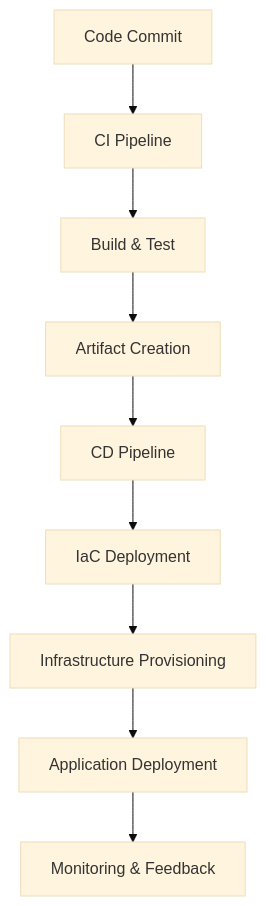
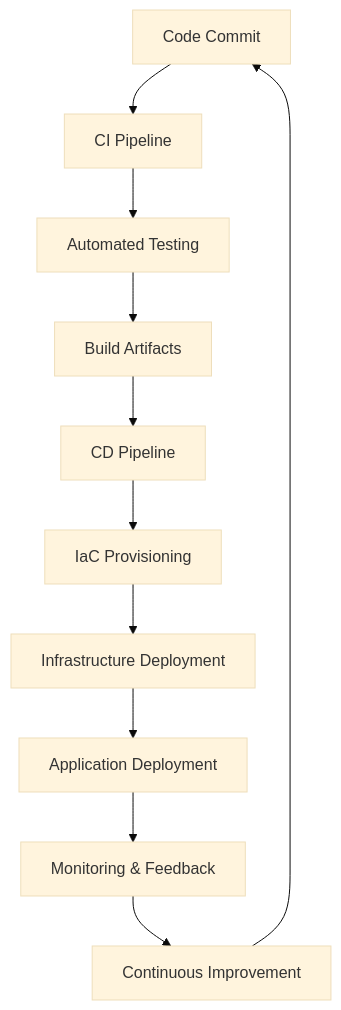
The diagram in devops-and-infrastructure-as-code/README.md (VrushankPatel/interview-matters), drawn with Mermaid (base theme) before and after one commit. The commit also changed other lines of this file and 6 other files, not shown here.

````diff
--- a/devops-and-infrastructure-as-code/README.md
+++ b/devops-and-infrastructure-as-code/README.md
@@ -33,11 +48,13 @@
 ```mermaid
 graph TD
     A[Code Commit] --> B[CI Pipeline]
-    B --> C[Build & Test]
-    C --> D[Artifact Creation]
+    B --> C[Automated Testing]
+    C --> D[Build Artifacts]
     D --> E[CD Pipeline]
-    E --> F[IaC Deployment]
-    F --> G[Infrastructure Provisioning]
+    E --> F[IaC Provisioning]
+    F --> G[Infrastructure Deployment]
     G --> H[Application Deployment]
     H --> I[Monitoring & Feedback]
+    I --> J[Continuous Improvement]
+    J --> A
 ```
````
